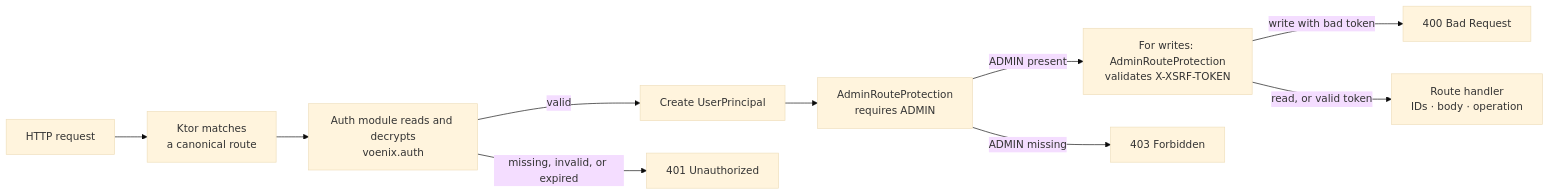
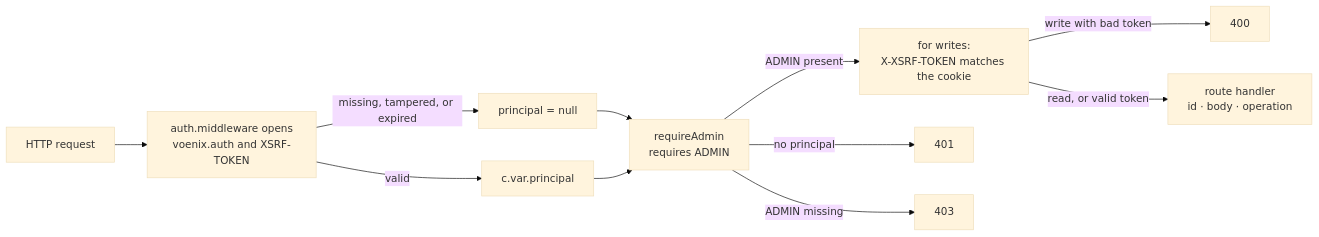
Before and after one commit to bitstorm-tech/voenix-shop-kotlin: the diagram in docs/dev/backend/conventions/authentication-and-authorization.md, drawn with Mermaid (base theme). The commit also changed other lines of this file and 1061 other files, not shown here.

````diff
--- a/docs/dev/backend/conventions/authentication-and-authorization.md
+++ b/docs/dev/backend/conventions/authentication-and-authorization.md
@@ -78,20 +45,20 @@
 ```mermaid
 flowchart LR
     Request["HTTP request"]
-    Match["Ktor matches<br/>a canonical route"]
-    Cookie["Auth module reads and decrypts<br/>voenix.auth"]
-    Principal["Create UserPrincipal"]
-    Role["AdminRouteProtection<br/>requires ADMIN"]
-    Csrf["For writes: AdminRouteProtection<br/>validates X-XSRF-TOKEN"]
-    Handler["Route handler<br/>IDs · body · operation"]
+    Middleware["auth.middleware opens<br/>voenix.auth and XSRF-TOKEN"]
+    Principal["c.var.principal"]
+    Role["requireAdmin<br/>requires ADMIN"]
+    Csrf["for writes:<br/>X-XSRF-TOKEN matches the cookie"]
+    Handler["route handler<br/>id · body · operation"]
 
-    Request --> Match
-    Match --> Cookie
-    Cookie -->|"missing, invalid, or expired"| Unauthorized["401 Unauthorized"]
-    Cookie -->|"valid"| Principal
+    Request --> Middleware
+    Middleware -->|"missing, tampered, or expired"| Anonymous["principal = null"]
+    Middleware -->|"valid"| Principal
+    Anonymous --> Role
     Principal --> Role
-    Role -->|"ADMIN missing"| Forbidden["403 Forbidden"]
+    Role -->|"no principal"| Unauthorized["401"]
+    Role -->|"ADMIN missing"| Forbidden["403"]
     Role -->|"ADMIN present"| Csrf
-    Csrf -->|"write with bad token"| BadRequest["400 Bad Request"]
+    Csrf -->|"write with bad token"| BadRequest["400"]
     Csrf -->|"read, or valid token"| Handler
 ```
````
